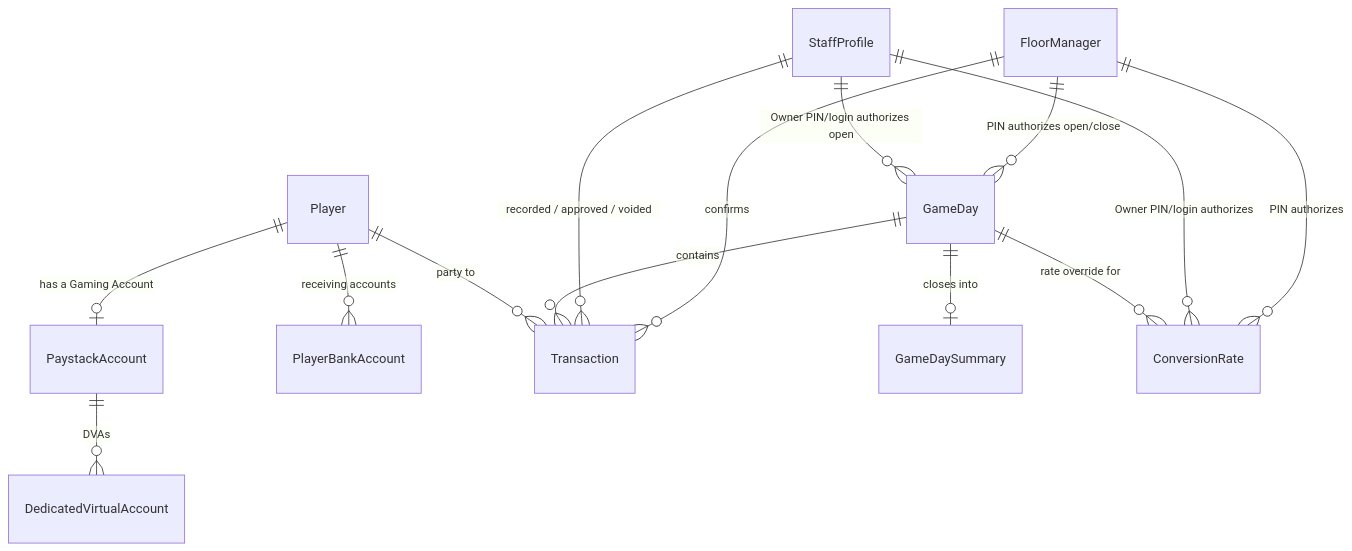
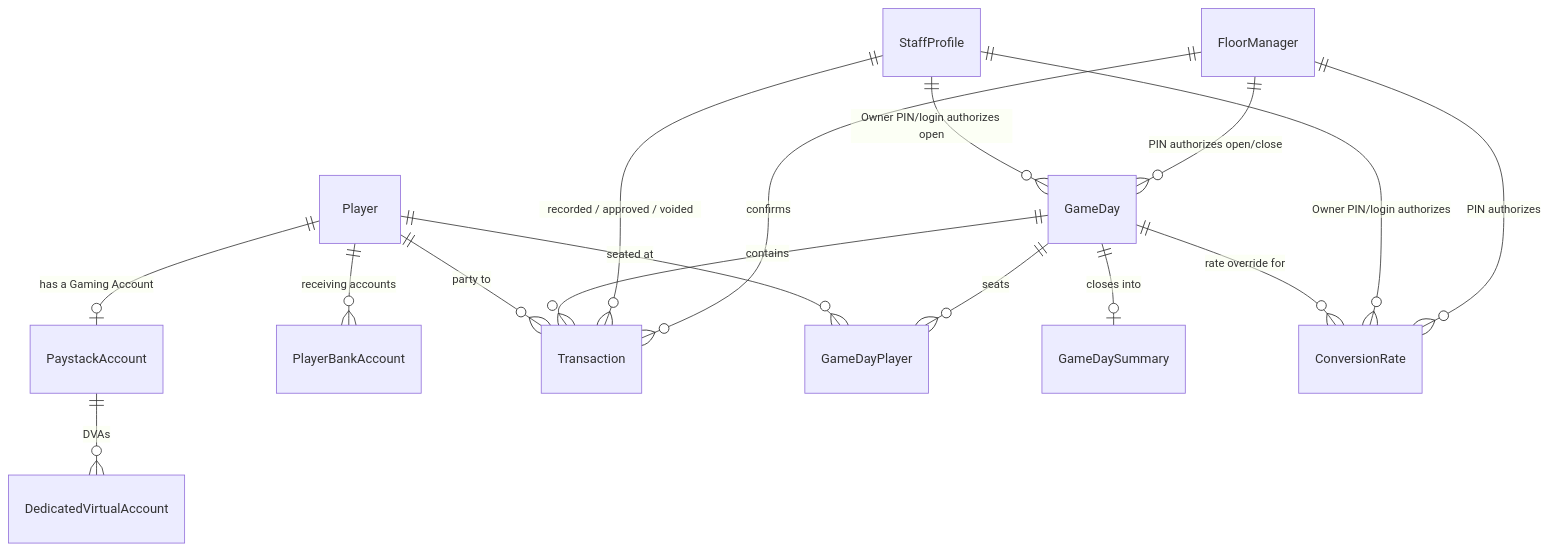
The diagram in SCHEMA.md (appleveil/GNT), drawn with Mermaid before and after one commit. The commit also changed other lines of this file and 13 other files, not shown here.

First line of the commit message:
Add game-day seating, case-insensitive login, payout cap, open/close support

````diff
--- a/SCHEMA.md
+++ b/SCHEMA.md
@@ -110,16 +120,18 @@
 ```mermaid
 erDiagram
     Player ||--o| PaystackAccount : "has a Gaming Account"
     Player ||--o{ PlayerBankAccount : "receiving accounts"
     Player ||--o{ Transaction : "party to"
+    Player ||--o{ GameDayPlayer : "seated at"
     PaystackAccount ||--o{ DedicatedVirtualAccount : "DVAs"
     GameDay ||--o{ Transaction : "contains"
+    GameDay ||--o{ GameDayPlayer : "seats"
     GameDay ||--o| GameDaySummary : "closes into"
     GameDay ||--o{ ConversionRate : "rate override for"
     StaffProfile ||--o{ Transaction : "recorded / approved / voided"
     StaffProfile ||--o{ GameDay : "Owner PIN/login authorizes open"
     StaffProfile ||--o{ ConversionRate : "Owner PIN/login authorizes"
     FloorManager ||--o{ Transaction : "confirms"
     FloorManager ||--o{ GameDay : "PIN authorizes open/close"
     FloorManager ||--o{ ConversionRate : "PIN authorizes"
 ```
````
